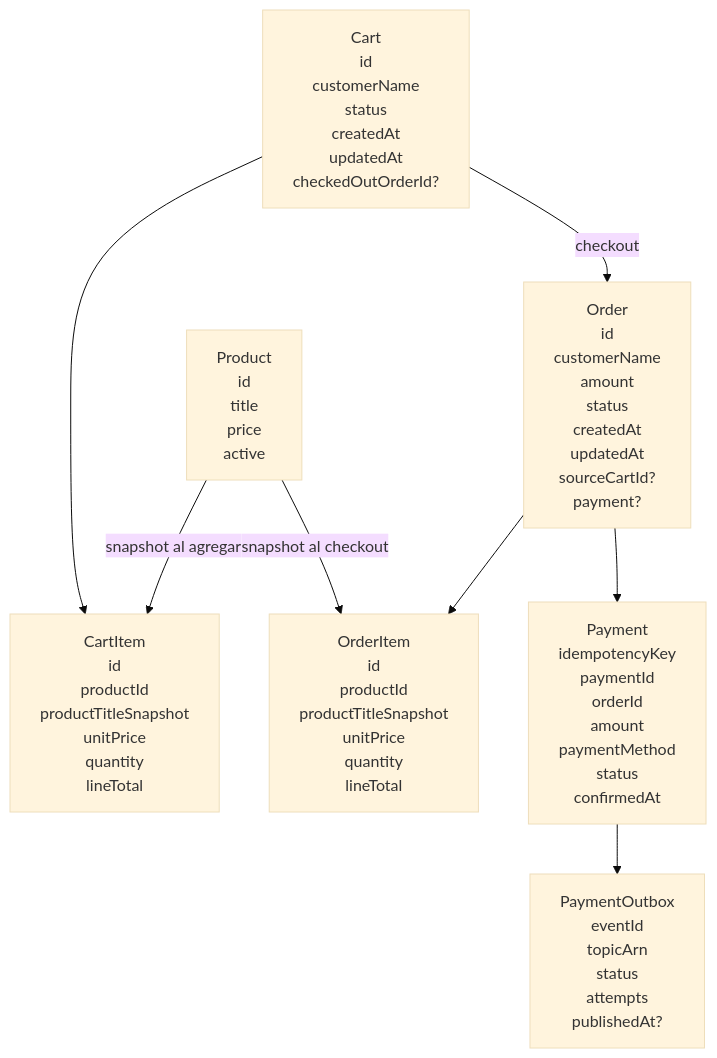
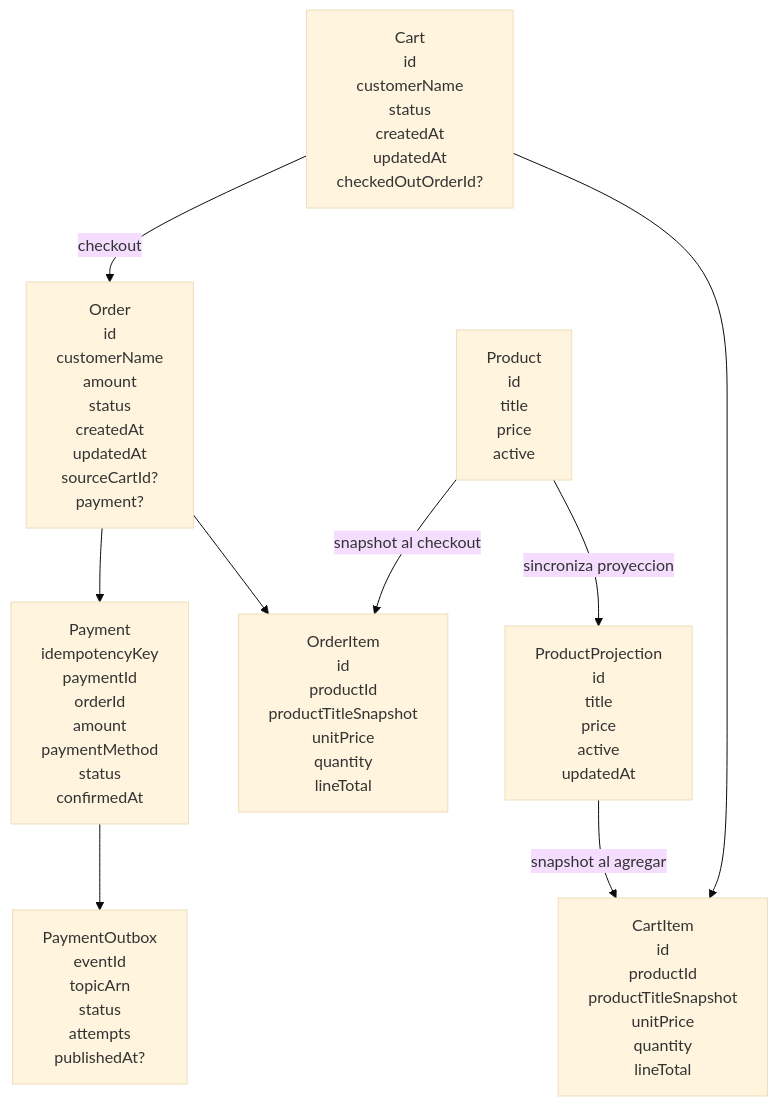
One commit to dani-pereira-dev/microservice-sns-sqs changed the first of 3 diagrams in docs/marketplace-simple-flow.md. Above: the diagram before and after it, drawn with Mermaid (base theme). The commit also changed other lines of this file and 8 other files, not shown here.

````diff
--- a/docs/marketplace-simple-flow.md
+++ b/docs/marketplace-simple-flow.md
@@ -83,18 +83,20 @@
 ```mermaid
 flowchart TD
   Product["Product\nid\ntitle\nprice\nactive"]
+  ProductProjection["ProductProjection\nid\ntitle\nprice\nactive\nupdatedAt"]
   Cart["Cart\nid\ncustomerName\nstatus\ncreatedAt\nupdatedAt\ncheckedOutOrderId?"]
   CartItem["CartItem\nid\nproductId\nproductTitleSnapshot\nunitPrice\nquantity\nlineTotal"]
   Order["Order\nid\ncustomerName\namount\nstatus\ncreatedAt\nupdatedAt\nsourceCartId?\npayment?"]
   OrderItem["OrderItem\nid\nproductId\nproductTitleSnapshot\nunitPrice\nquantity\nlineTotal"]
   Payment["Payment\nidempotencyKey\npaymentId\norderId\namount\npaymentMethod\nstatus\nconfirmedAt"]
   Outbox["PaymentOutbox\neventId\ntopicArn\nstatus\nattempts\npublishedAt?"]
 
-  Product -->|"snapshot al agregar"| CartItem
+  Product -->|"sincroniza proyeccion"| ProductProjection
+  ProductProjection -->|"snapshot al agregar"| CartItem
   Cart --> CartItem
   Cart -->|"checkout"| Order
   Order --> OrderItem
   Product -->|"snapshot al checkout"| OrderItem
   Order --> Payment
   Payment --> Outbox
 ```
````
